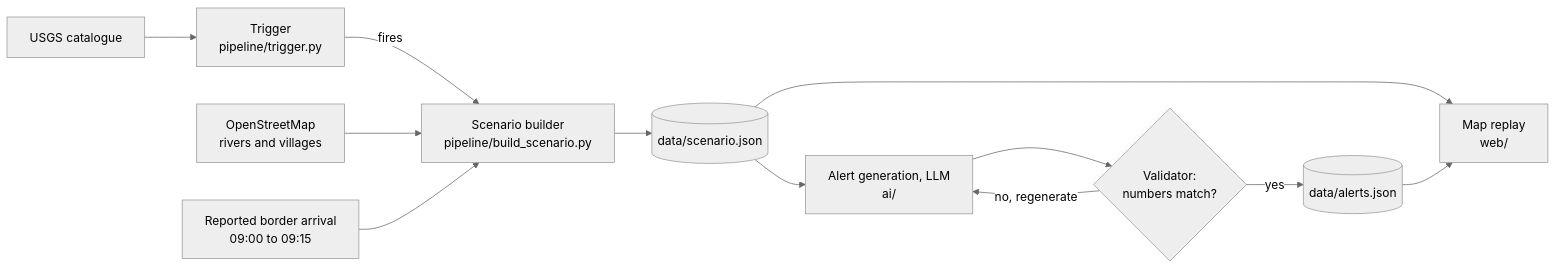
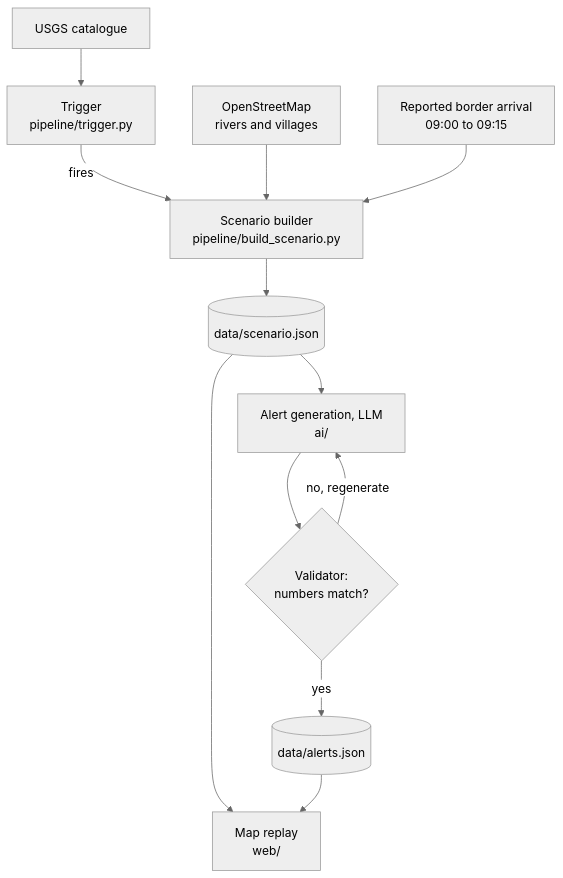
Before and after one commit to santiaojun/upstream-alert: the diagram in README.md, drawn with Mermaid (neutral theme).

Commit message:
README: draw architecture diagram top-down so it is readable

````diff
--- a/README.md
+++ b/README.md
@@ -37,14 +37,14 @@
 ```mermaid
-flowchart LR
+flowchart TD
   usgs["USGS catalogue"] --> trig["Trigger<br/>pipeline/trigger.py"]
   trig -->|fires| scen["Scenario builder<br/>pipeline/build_scenario.py"]
   osm["OpenStreetMap<br/>rivers and villages"] --> scen
   news["Reported border arrival<br/>09:00 to 09:15"] --> scen
   scen --> sj[("data/scenario.json")]
   sj --> gen["Alert generation, LLM<br/>ai/"]
   gen --> val{"Validator:<br/>numbers match?"}
   val -->|no, regenerate| gen
   val -->|yes| aj[("data/alerts.json")]
   sj --> web["Map replay<br/>web/"]
   aj --> web
 ```
````
